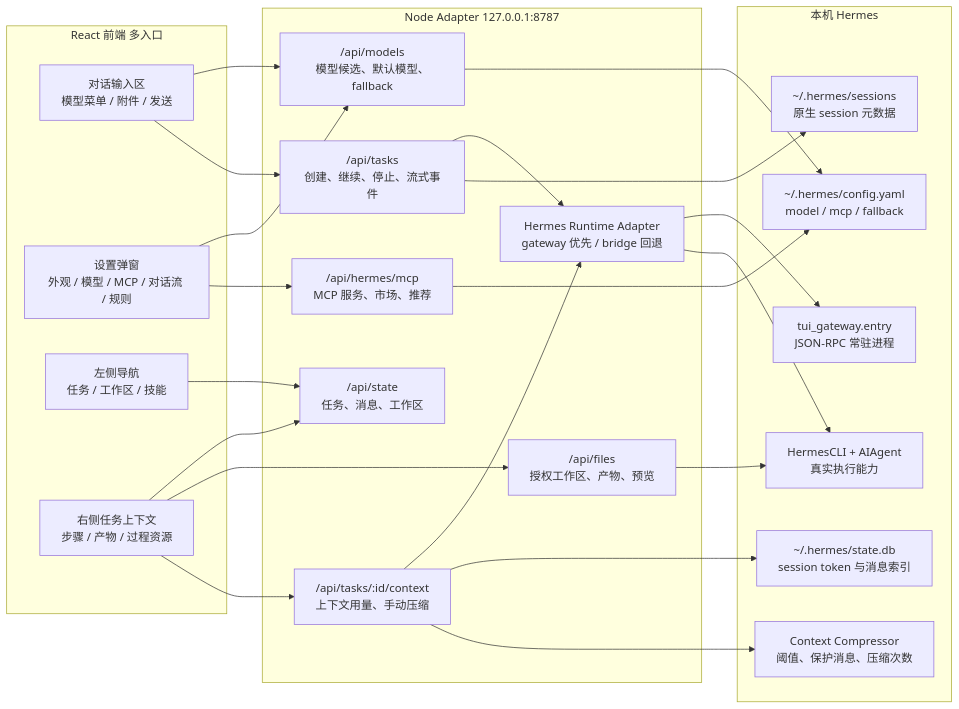
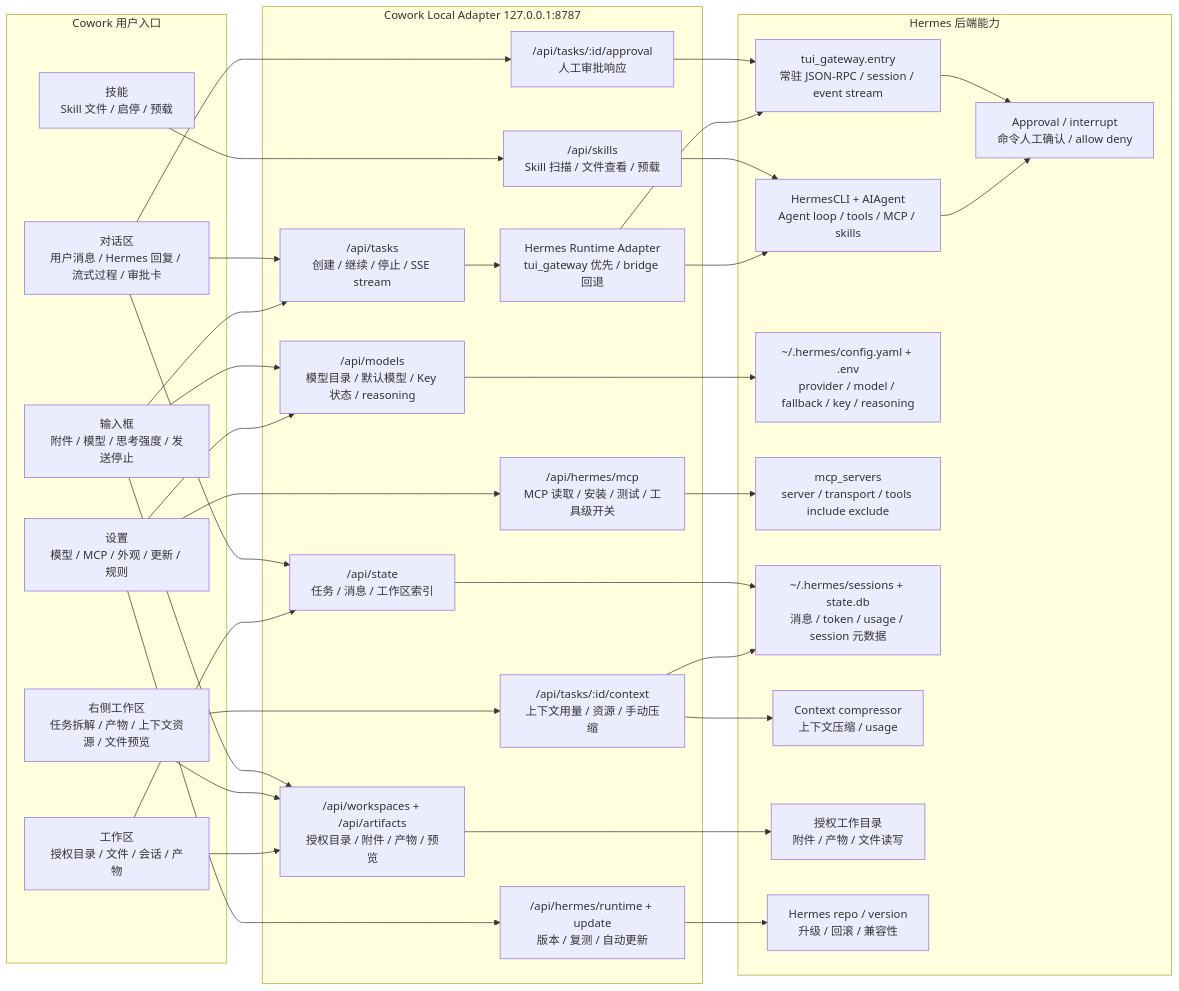
The diagram in Hermes_Cowork_开发文档.md (xinluwang1221/Lucas-), drawn with Mermaid before and after one commit. The commit also changed other lines of this file and 1 other file, not shown here.

Commit message:
Rework development docs around Hermes coverage

````diff
--- a/Hermes_Cowork_开发文档.md
+++ b/Hermes_Cowork_开发文档.md
@@ -101,47 +110,66 @@
 ```mermaid
 flowchart LR
-  subgraph UI["React 前端 多入口"]
-    Composer["对话输入区\n模型菜单 / 附件 / 发送"]
-    Settings["设置弹窗\n外观 / 模型 / MCP / 对话流 / 规则"]
-    Sidebar["左侧导航\n任务 / 工作区 / 技能"]
-    RightPanel["右侧任务上下文\n步骤 / 产物 / 过程资源"]
+  subgraph CoworkUI["Cowork 用户入口"]
+    Chat["对话区<br/>用户消息 / Hermes 回复 / 流式过程 / 审批卡"]
+    Composer["输入框<br/>附件 / 模型 / 思考强度 / 发送停止"]
+    Inspector["右侧工作区<br/>任务拆解 / 产物 / 上下文资源 / 文件预览"]
+    WorkspaceUI["工作区<br/>授权目录 / 文件 / 会话 / 产物"]
+    SettingsUI["设置<br/>模型 / MCP / 外观 / 更新 / 规则"]
+    SkillUI["技能<br/>Skill 文件 / 启停 / 预载"]
   end
 
-  subgraph Adapter["Node Adapter 127.0.0.1:8787"]
-    StateApi["/api/state\n任务、消息、工作区"]
-    ModelApi["/api/models\n模型候选、默认模型、fallback"]
-    McpApi["/api/hermes/mcp\nMCP 服务、市场、推荐"]
-    TaskApi["/api/tasks\n创建、继续、停止、流式事件"]
-    Runtime["Hermes Runtime Adapter\ngateway 优先 / bridge 回退"]
-    ContextApi["/api/tasks/:id/context\n上下文用量、手动压缩"]
-    FileApi["/api/files\n授权工作区、产物、预览"]
+  subgraph CoworkAdapter["Cowork Local Adapter 127.0.0.1:8787"]
+    StateApi["/api/state<br/>任务 / 消息 / 工作区索引"]
+    TaskApi["/api/tasks<br/>创建 / 继续 / 停止 / SSE stream"]
+    ApprovalApi["/api/tasks/:id/approval<br/>人工审批响应"]
+    ModelApi["/api/models<br/>模型目录 / 默认模型 / Key 状态 / reasoning"]
+    McpApi["/api/hermes/mcp<br/>MCP 读取 / 安装 / 测试 / 工具级开关"]
+    ContextApi["/api/tasks/:id/context<br/>上下文用量 / 资源 / 手动压缩"]
+    FileApi["/api/workspaces + /api/artifacts<br/>授权目录 / 附件 / 产物 / 预览"]
+    SkillApi["/api/skills<br/>Skill 扫描 / 文件查看 / 预载"]
+    RuntimeApi["/api/hermes/runtime + update<br/>版本 / 复测 / 自动更新"]
+    Runtime["Hermes Runtime Adapter<br/>tui_gateway 优先 / bridge 回退"]
   end
 
-  subgraph Hermes["本机 Hermes"]
-    Config["~/.hermes/config.yaml\nmodel / mcp / fallback"]
-    Sessions["~/.hermes/sessions\n原生 session 元数据"]
-    StateDb["~/.hermes/state.db\nsession token 与消息索引"]
-    Compressor["Context Compressor\n阈值、保护消息、压缩次数"]
-    Gateway["tui_gateway.entry\nJSON-RPC 常驻进程"]
-    Agent["HermesCLI + AIAgent\n真实执行能力"]
+  subgraph HermesCore["Hermes 后端能力"]
+    Gateway["tui_gateway.entry<br/>常驻 JSON-RPC / session / event stream"]
+    Agent["HermesCLI + AIAgent<br/>Agent loop / tools / MCP / skills"]
+    Approval["Approval / interrupt<br/>命令人工确认 / allow deny"]
+    ModelConfig["~/.hermes/config.yaml + .env<br/>provider / model / fallback / key / reasoning"]
+    McpConfig["mcp_servers<br/>server / transport / tools include exclude"]
+    Sessions["~/.hermes/sessions + state.db<br/>消息 / token / usage / session 元数据"]
+    Compressor["Context compressor<br/>上下文压缩 / usage"]
+    FileSystem["授权工作目录<br/>附件 / 产物 / 文件读写"]
+    RuntimeCode["Hermes repo / version<br/>升级 / 回滚 / 兼容性"]
   end
 
+  Chat --> StateApi
+  Chat --> TaskApi
+  Chat --> ApprovalApi
+  Composer --> TaskApi
   Composer --> ModelApi
-  Composer --> TaskApi
-  Settings --> ModelApi
-  Settings --> McpApi
-  Sidebar --> StateApi
-  RightPanel --> StateApi
-  RightPanel --> FileApi
-  ModelApi --> Config
-  McpApi --> Config
+  Composer --> FileApi
+  Inspector --> ContextApi
+  Inspector --> FileApi
+  WorkspaceUI --> FileApi
+  WorkspaceUI --> StateApi
+  SettingsUI --> ModelApi
+  SettingsUI --> McpApi
+  SettingsUI --> RuntimeApi
+  SkillUI --> SkillApi
+
+  StateApi --> Sessions
   TaskApi --> Runtime
+  ApprovalApi --> Gateway
+  ModelApi --> ModelConfig
+  McpApi --> McpConfig
+  ContextApi --> Sessions
+  ContextApi --> Compressor
+  FileApi --> FileSystem
+  SkillApi --> Agent
+  RuntimeApi --> RuntimeCode
   Runtime --> Gateway
   Runtime --> Agent
-  TaskApi --> Sessions
-  ContextApi --> Runtime
-  ContextApi --> StateDb
-  ContextApi --> Compressor
-  RightPanel --> ContextApi
-  FileApi --> Agent
+  Gateway --> Approval
+  Agent --> Approval
 ```
````
